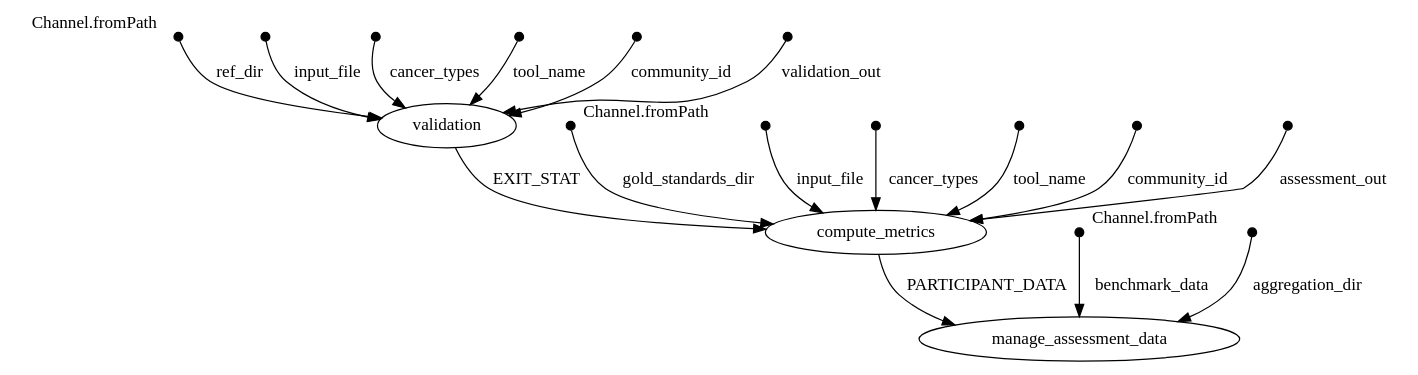
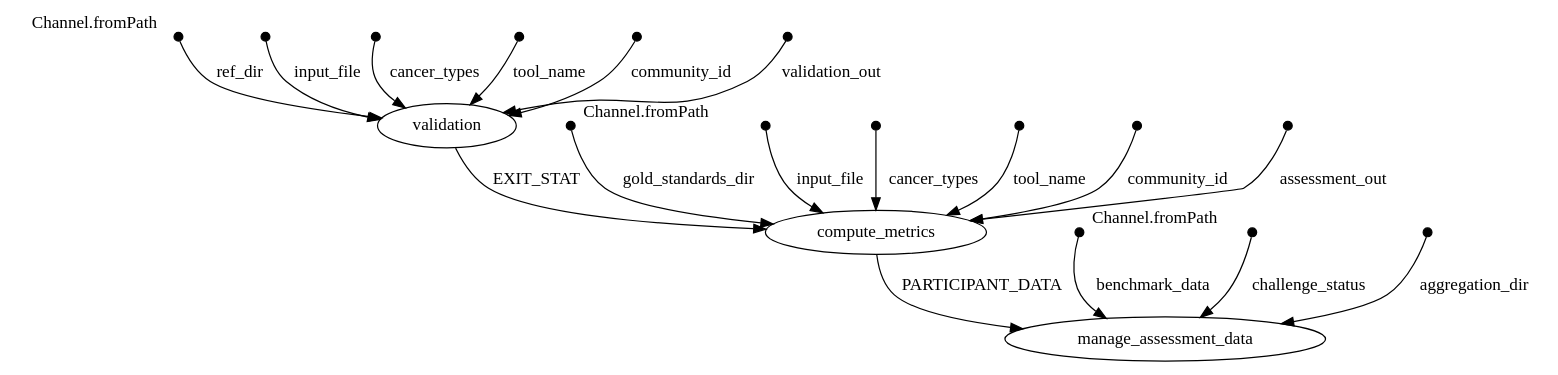
One commit to inab/TCGA_benchmarking_workflow changed the diagram in sample_out/stats/DAG.dot. Above: the diagram before and after it, drawn with Graphviz. The commit also changed 12 other files, not shown here.

Commit message:
added challenge status - open/closed- and otherdir param for miscellaneous files

```diff
--- a/sample_out/stats/DAG.dot
+++ b/sample_out/stats/DAG.dot
@@ -1,66 +1,70 @@
 digraph "DAG" {
 p0 [shape=point,label="",fixedsize=true,width=0.1,xlabel="Channel.fromPath"];
 p8 [label="validation"];
 p0 -> p8 [label="ref_dir"];
 
 p1 [shape=point,label="",fixedsize=true,width=0.1,xlabel="Channel.fromPath"];
 p14 [label="compute_metrics"];
 p1 -> p14 [label="gold_standards_dir"];
 
 p2 [shape=point,label="",fixedsize=true,width=0.1,xlabel="Channel.fromPath"];
-p16 [label="manage_assessment_data"];
-p2 -> p16 [label="benchmark_data"];
+p17 [label="manage_assessment_data"];
+p2 -> p17 [label="benchmark_data"];
 
 p3 [shape=point,label="",fixedsize=true,width=0.1];
 p8 [label="validation"];
 p3 -> p8 [label="input_file"];
 
 p4 [shape=point,label="",fixedsize=true,width=0.1];
 p8 [label="validation"];
 p4 -> p8 [label="cancer_types"];
 
 p5 [shape=point,label="",fixedsize=true,width=0.1];
 p8 [label="validation"];
 p5 -> p8 [label="tool_name"];
 
 p6 [shape=point,label="",fixedsize=true,width=0.1];
 p8 [label="validation"];
 p6 -> p8 [label="community_id"];
 
 p7 [shape=point,label="",fixedsize=true,width=0.1];
 p8 [label="validation"];
 p7 -> p8 [label="validation_out"];
 
 p8 [label="validation"];
 p14 [label="compute_metrics"];
 p8 -> p14 [label="EXIT_STAT"];
 
 p9 [shape=point,label="",fixedsize=true,width=0.1];
 p14 [label="compute_metrics"];
 p9 -> p14 [label="input_file"];
 
 p10 [shape=point,label="",fixedsize=true,width=0.1];
 p14 [label="compute_metrics"];
 p10 -> p14 [label="cancer_types"];
 
 p11 [shape=point,label="",fixedsize=true,width=0.1];
 p14 [label="compute_metrics"];
 p11 -> p14 [label="tool_name"];
 
 p12 [shape=point,label="",fixedsize=true,width=0.1];
 p14 [label="compute_metrics"];
 p12 -> p14 [label="community_id"];
 
 p13 [shape=point,label="",fixedsize=true,width=0.1];
 p14 [label="compute_metrics"];
 p13 -> p14 [label="assessment_out"];
 
 p14 [label="compute_metrics"];
-p16 [label="manage_assessment_data"];
-p14 -> p16 [label="PARTICIPANT_DATA"];
+p17 [label="manage_assessment_data"];
+p14 -> p17 [label="PARTICIPANT_DATA"];
 
 p15 [shape=point,label="",fixedsize=true,width=0.1];
-p16 [label="manage_assessment_data"];
-p15 -> p16 [label="aggregation_dir"];
+p17 [label="manage_assessment_data"];
+p15 -> p17 [label="challenge_status"];
+
+p16 [shape=point,label="",fixedsize=true,width=0.1];
+p17 [label="manage_assessment_data"];
+p16 -> p17 [label="aggregation_dir"];
 
 }
```
